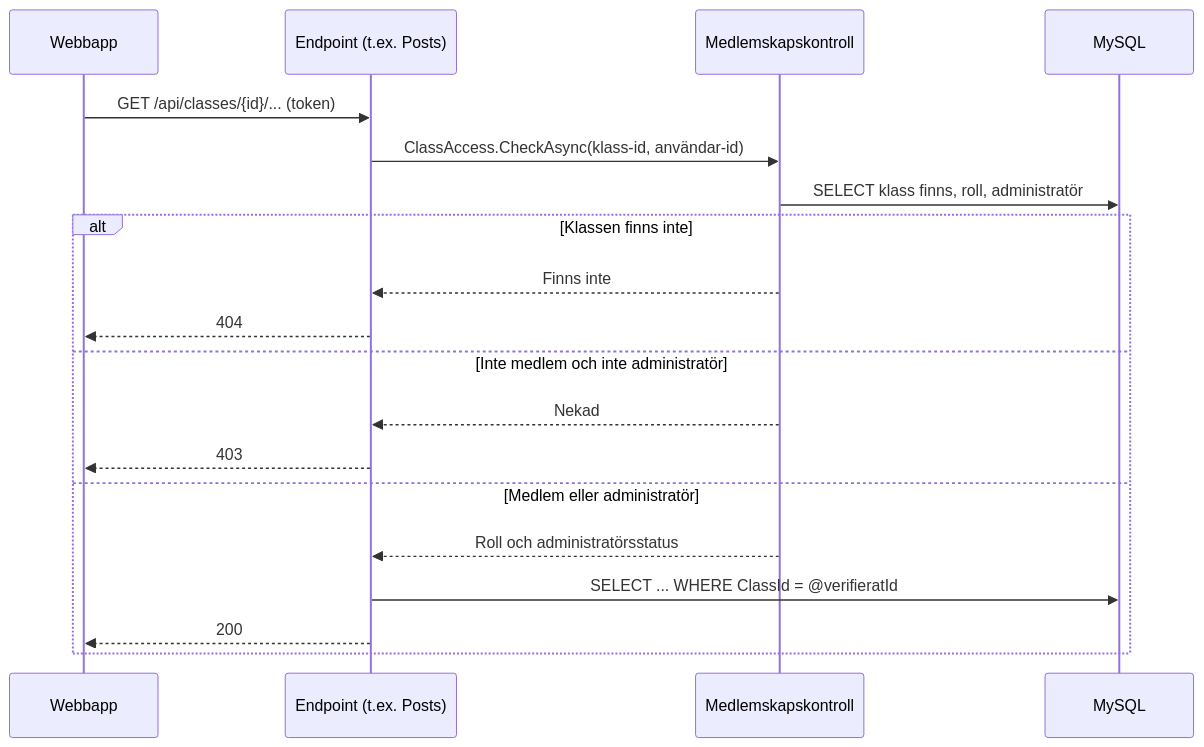
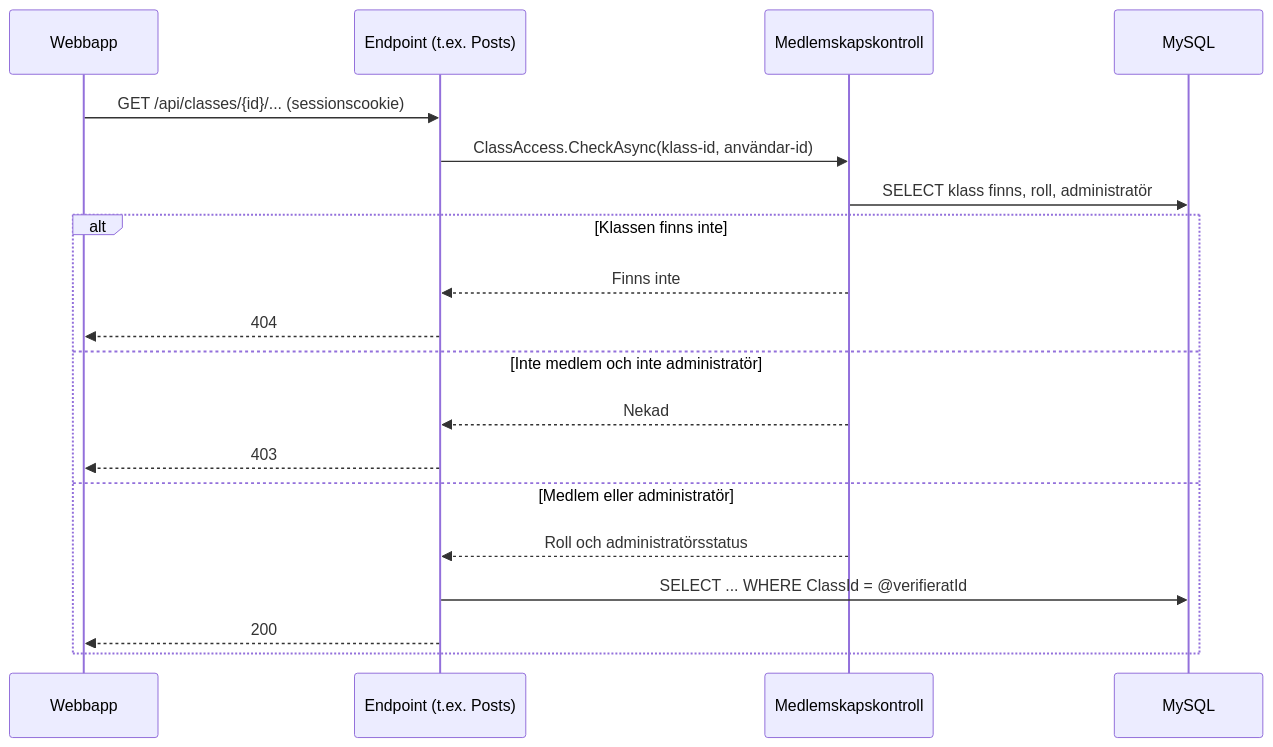
One commit to WeeHorse/Klassologi changed the third of 3 diagrams in Specifications/Architecture.md. Above: the diagram before and after it, drawn with Mermaid. The commit also changed other lines of this file and 23 other files, not shown here.

````diff
--- a/Specifications/Architecture.md
+++ b/Specifications/Architecture.md
@@ -85,22 +79,22 @@
 ```mermaid
 sequenceDiagram
     participant W as Webbapp
     participant E as Endpoint (t.ex. Posts)
     participant M as Medlemskapskontroll
     participant D as MySQL
 
-    W->>E: GET /api/classes/{id}/... (token)
+    W->>E: GET /api/classes/{id}/... (sessionscookie)
     E->>M: ClassAccess.CheckAsync(klass-id, användar-id)
     M->>D: SELECT klass finns, roll, administratör
     alt Klassen finns inte
         M-->>E: Finns inte
         E-->>W: 404
     else Inte medlem och inte administratör
         M-->>E: Nekad
         E-->>W: 403
     else Medlem eller administratör
         M-->>E: Roll och administratörsstatus
         E->>D: SELECT ... WHERE ClassId = @verifieratId
         E-->>W: 200
     end
 ```
````
